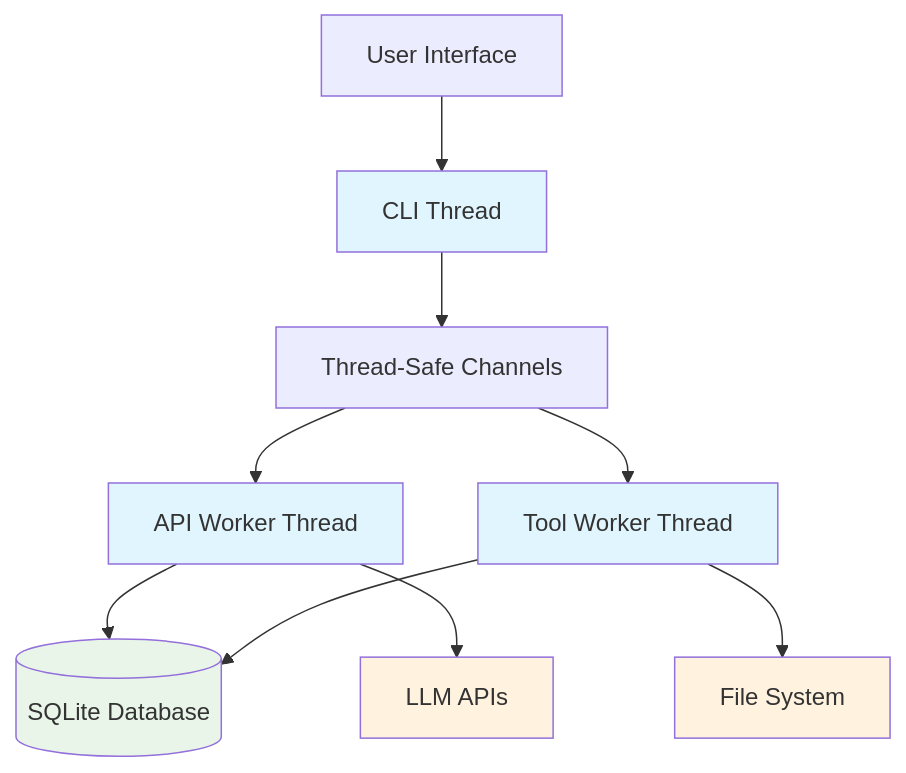
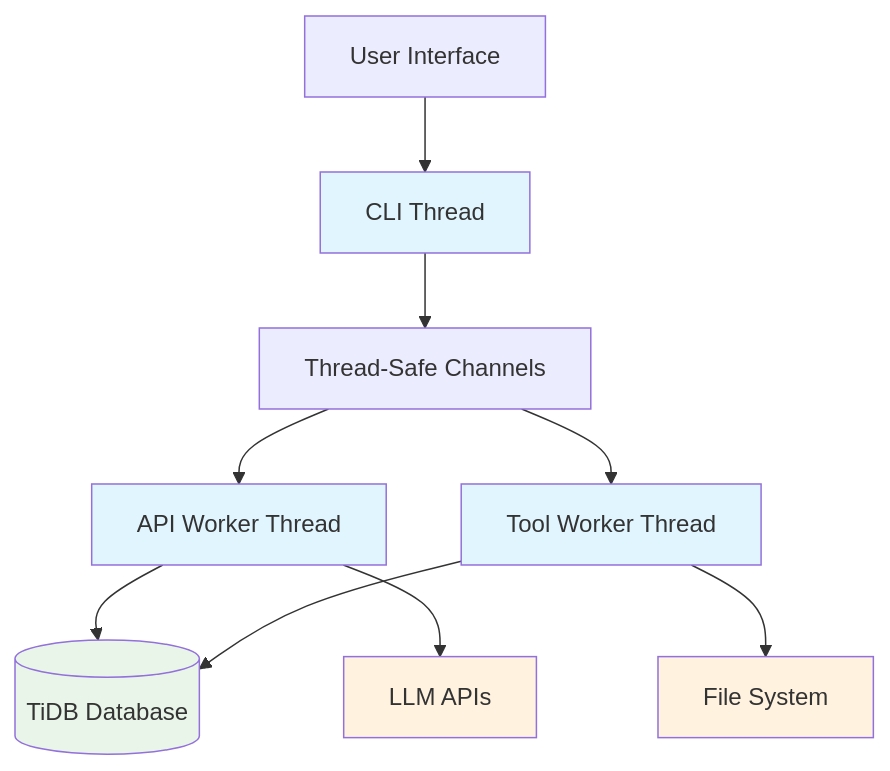
Before and after one commit to gokr/niffler: the first of 3 diagrams in doc/ARCHITECTURE.md, drawn with Mermaid. The commit also changed other lines of this file and 2 other files, not shown here.

First line of the commit message:
docs: Update architecture documentation to reflect TiDB-only backend

````diff
--- a/doc/ARCHITECTURE.md
+++ b/doc/ARCHITECTURE.md
@@ -11,19 +11,19 @@
 ```mermaid
 graph TB
     User[User Interface] --> CLI[CLI Thread]
     CLI --> Channels[Thread-Safe Channels]
     Channels --> API[API Worker Thread]
     Channels --> Tools[Tool Worker Thread]
-    API --> DB[(SQLite Database)]
+    API --> DB[(TiDB Database)]
     Tools --> DB
     Tools --> FileSystem[File System]
     API --> LLM[LLM APIs]
 
     classDef thread fill:#e1f5fe
     classDef storage fill:#e8f5e8
     classDef external fill:#fff3e0
 
     class CLI,API,Tools thread
     class DB storage
     class LLM,FileSystem external
 ```
````
